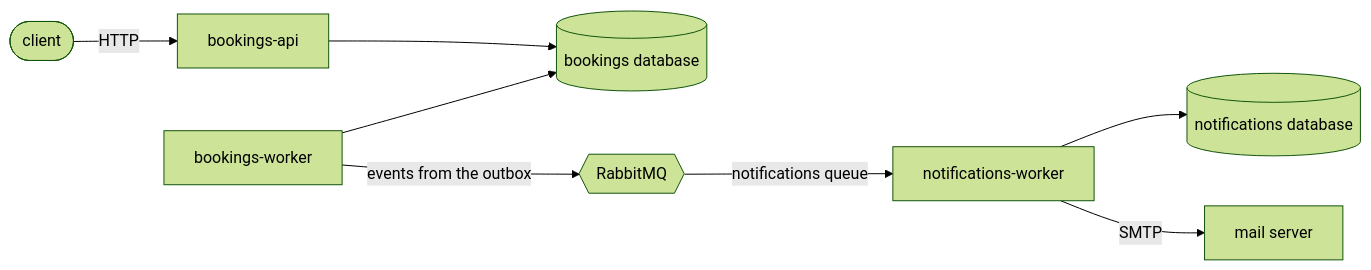
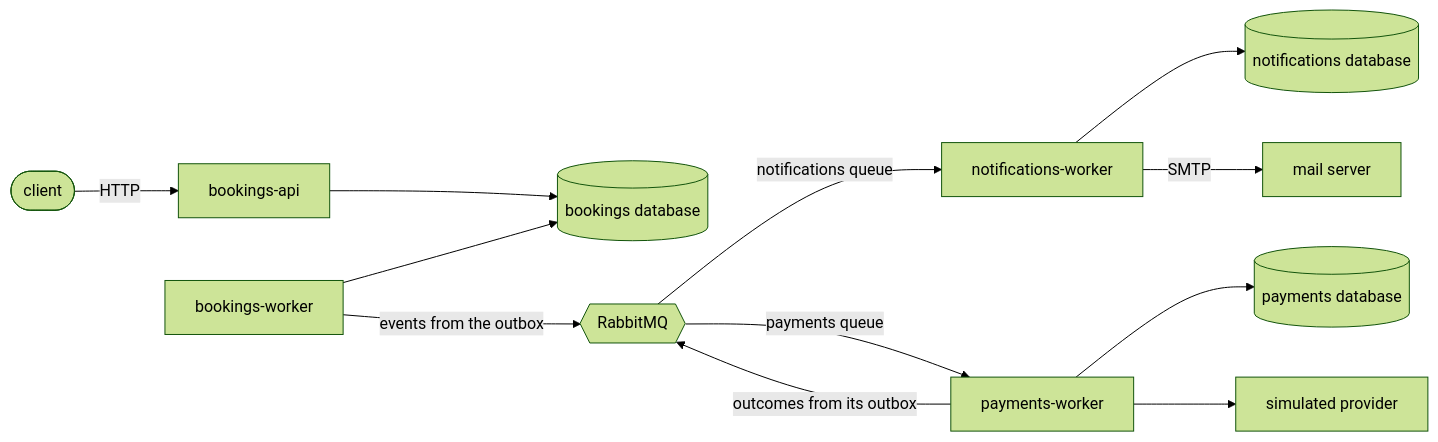
The second of 3 diagrams in README.md (remoshan/holdfast-booking-platform), drawn with Mermaid (forest theme) before and after one commit. The commit also changed other lines of this file and 28 other files, not shown here.

Commit message:
feat: add a payments service that charges and refunds through a simulated provider

````diff
--- a/README.md
+++ b/README.md
@@ -315,10 +332,14 @@
 ```mermaid
 flowchart LR
     client([client]) -->|HTTP| api[bookings-api]
     api --> bookingsdb[(bookings database)]
     bookingsworker[bookings-worker] --> bookingsdb
     bookingsworker -->|events from the outbox| rabbitmq{{RabbitMQ}}
     rabbitmq -->|notifications queue| notificationsworker[notifications-worker]
     notificationsworker --> notificationsdb[(notifications database)]
     notificationsworker -->|SMTP| mailserver[mail server]
+    rabbitmq -->|payments queue| paymentsworker[payments-worker]
+    paymentsworker -->|outcomes from its outbox| rabbitmq
+    paymentsworker --> paymentsdb[(payments database)]
+    paymentsworker --> provider[simulated provider]
 ```
````
